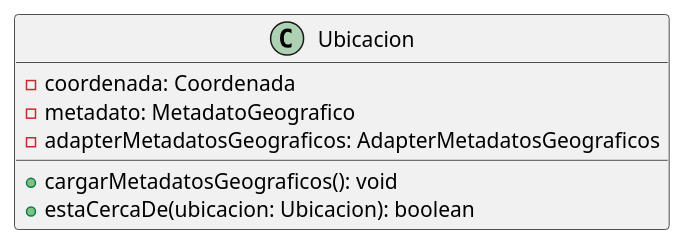
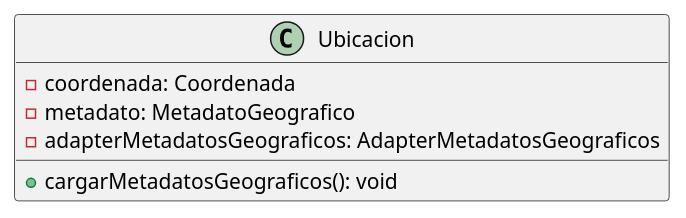
One commit to mbertogliati/dds-tpa changed the diagram in DC/E3/domain/utilidades/Ubicacion.puml. Above: the diagram before and after it, drawn with PlantUML. The commit also changed 18 other files, not shown here.

```diff
--- a/DC/E3/domain/utilidades/Ubicacion.puml
+++ b/DC/E3/domain/utilidades/Ubicacion.puml
@@ -1,12 +1,11 @@
 @startuml
 'https://plantuml.com/class-diagram
 
-class Ubicacion{
+class Ubicacion {
     - coordenada: Coordenada
     - metadato: MetadatoGeografico
     -adapterMetadatosGeograficos: AdapterMetadatosGeograficos
 
     + cargarMetadatosGeograficos(): void
-    + estaCercaDe(ubicacion: Ubicacion): boolean
 }
 @enduml
```
